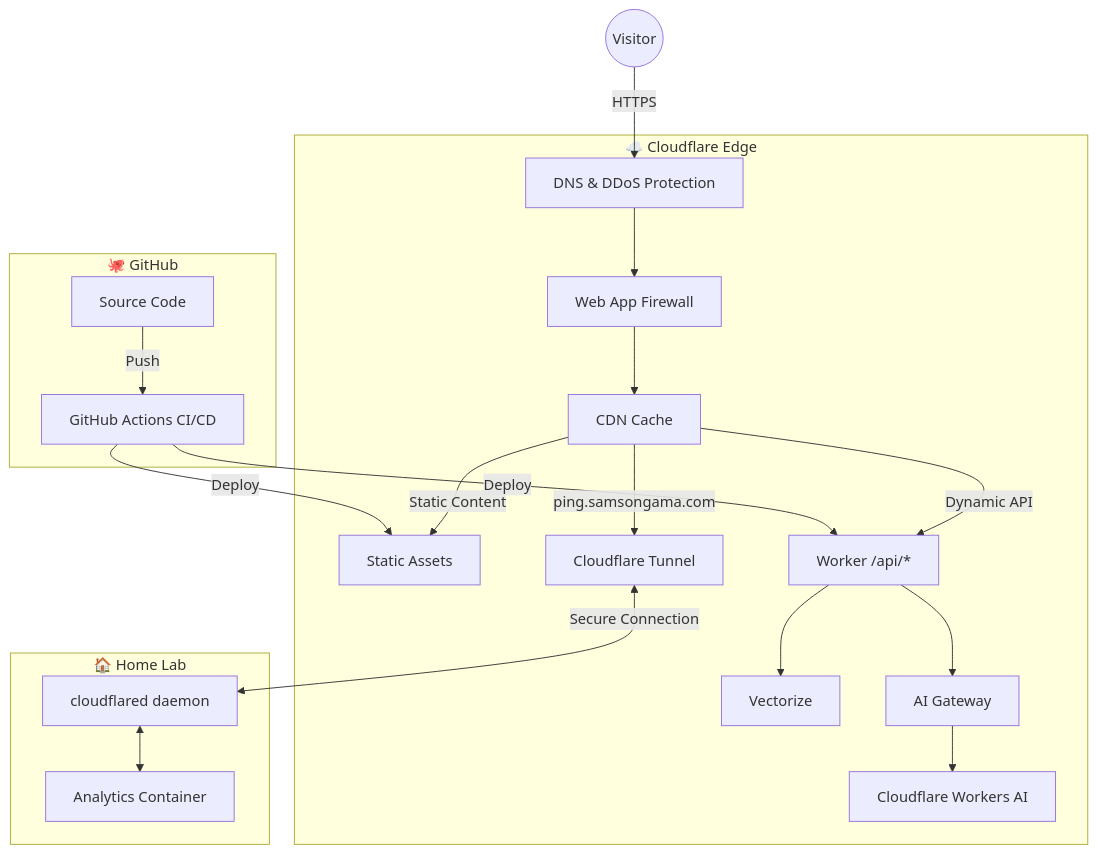
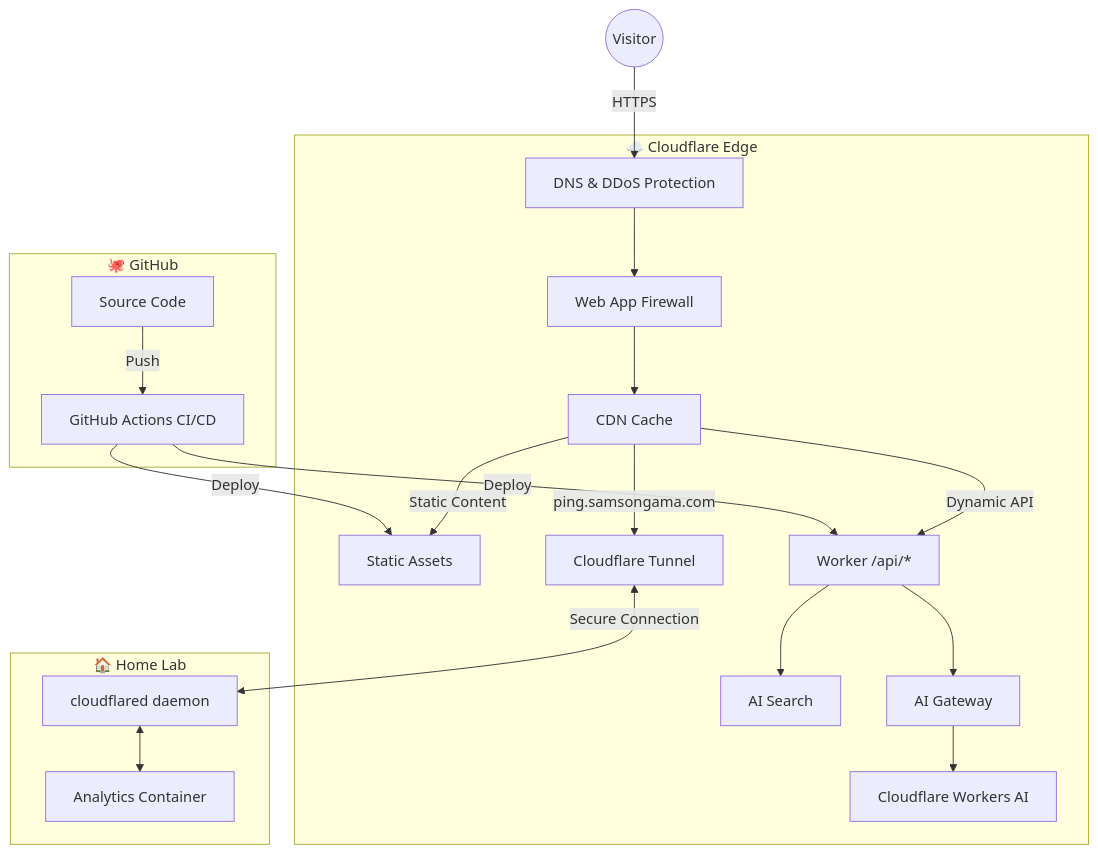
One commit to sgama/sg changed the first of 3 diagrams in content/posts/2026-01-26-website-stack/index.md. Above: the diagram before and after it, drawn with Mermaid. The commit also changed other lines of this file and 5 other files, not shown here.

```diff
--- a/content/posts/2026-01-26-website-stack/index.md
+++ b/content/posts/2026-01-26-website-stack/index.md
@@ -23,44 +23,44 @@
 {{< mermaid >}}
 graph TD
 User((Visitor))
 
 subgraph Cloudflare["☁️ Cloudflare Edge"]
     DNS[DNS & DDoS Protection]
     CDN[CDN Cache]
     WAF[Web App Firewall]
     Assets[Static Assets]
     Functions[Worker /api/*]
     Workers[Cloudflare Workers AI]
-    Vectorize[Vectorize]
+    Search[AI Search]
     Gateway[AI Gateway]
     Tunnel[Cloudflare Tunnel]
 end
 
 subgraph Github["🐙 GitHub"]
     Repo[Source Code]
     Actions[GitHub Actions CI/CD]
 end
 
 subgraph HomeLab["🏠 Home Lab"]
     Cloudflared[cloudflared daemon]
     Analytics[Analytics Container]
 end
 
 User -->|HTTPS| DNS
 DNS --> WAF
 WAF --> CDN
 
 CDN -->|Static Content| Assets
 CDN -->|Dynamic API| Functions
 Functions --> Gateway
 Gateway --> Workers
-Functions --> Vectorize
+Functions --> Search
 CDN -->|ping.samsongama.com| Tunnel
 
 Tunnel <-->|Secure Connection| Cloudflared
 Cloudflared <--> Analytics
 
 Repo -->|Push| Actions
 Actions -->|Deploy| Assets
 Actions -->|Deploy| Functions
 {{< /mermaid >}}
```
